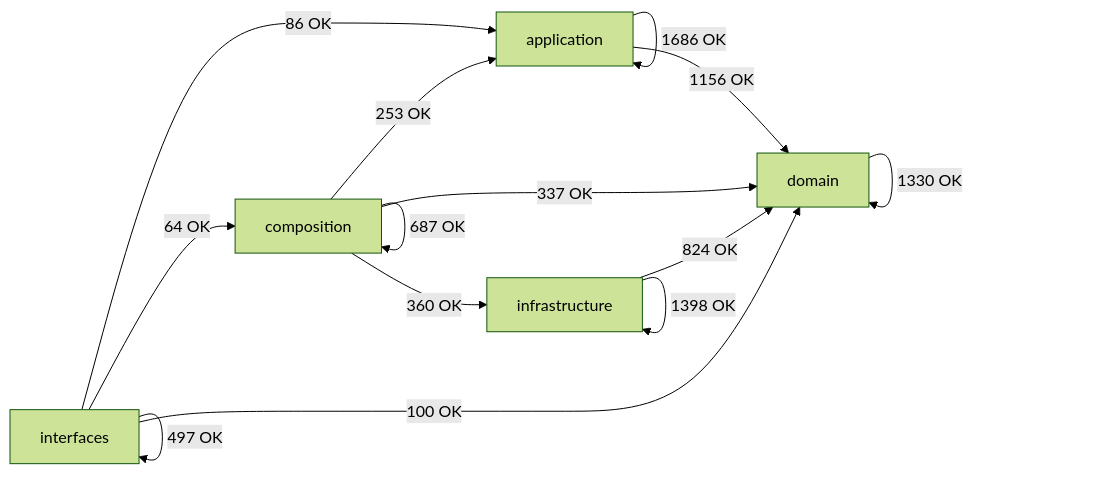
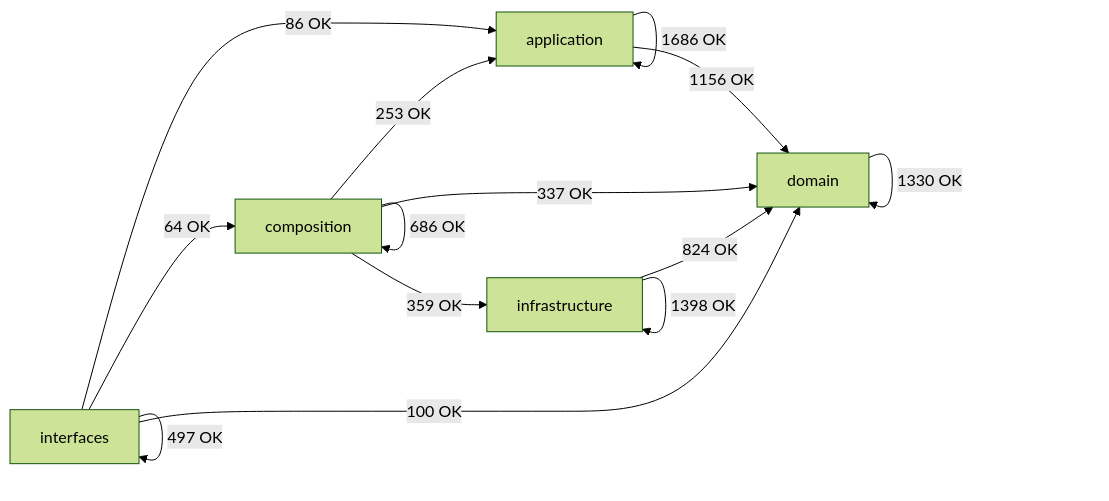
One commit to SatoryKono/BioactivityDataAcquisition changed the diagram in docs/02-architecture/generated/module-dependency-map.md. Above: the diagram before and after it, drawn with Mermaid (forest theme). The commit also changed other lines of this file and 11 other files, not shown here.

````diff
--- a/docs/02-architecture/generated/module-dependency-map.md
+++ b/docs/02-architecture/generated/module-dependency-map.md
@@ -17,21 +17,21 @@
 ```mermaid
 flowchart LR
     domain[domain]
     application[application]
     infrastructure[infrastructure]
     composition[composition]
     interfaces[interfaces]
     application -->|1686 OK| application
     application -->|1156 OK| domain
     composition -->|253 OK| application
-    composition -->|687 OK| composition
+    composition -->|686 OK| composition
     composition -->|337 OK| domain
-    composition -->|360 OK| infrastructure
+    composition -->|359 OK| infrastructure
     domain -->|1330 OK| domain
     infrastructure -->|824 OK| domain
     infrastructure -->|1398 OK| infrastructure
     interfaces -->|86 OK| application
     interfaces -->|64 OK| composition
     interfaces -->|100 OK| domain
     interfaces -->|497 OK| interfaces
 ```
````
